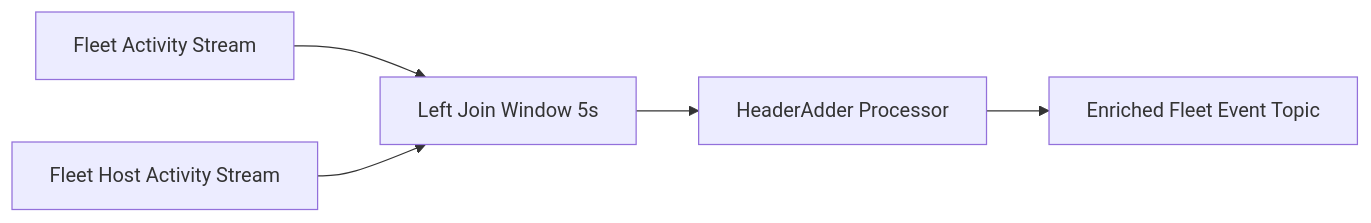
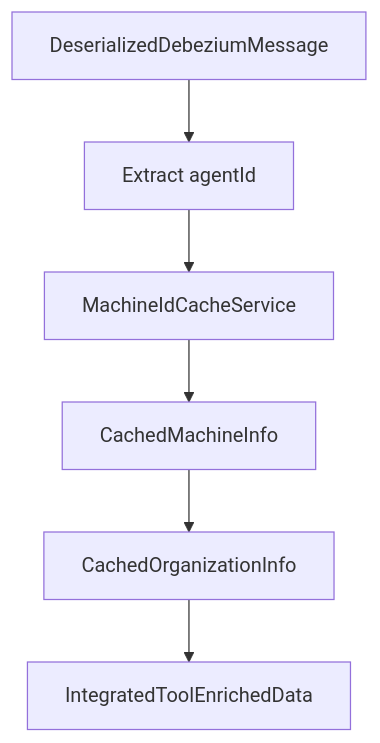
Before and after one commit to Praesto-Pro/openframe-oss-tenant: the sixth of 7 diagrams in docs/architecture/stream-service-core/stream-service-core.md, drawn with Mermaid. The commit also changed other lines of this file and 149 other files, not shown here.

````diff
--- a/docs/architecture/stream-service-core/stream-service-core.md
+++ b/docs/architecture/stream-service-core/stream-service-core.md
@@ -309,7 +342,8 @@
 ```mermaid
-flowchart LR
-    Activity["Fleet Activity Stream"] --> Join["Left Join Window 5s"]
-    HostActivity["Fleet Host Activity Stream"] --> Join
-    Join --> Header["HeaderAdder Processor"]
-    Header --> OutTopic["Enriched Fleet Event Topic"]
+flowchart TD
+    Message["DeserializedDebeziumMessage"] --> Agent["Extract agentId"]
+    Agent --> Cache["MachineIdCacheService"]
+    Cache --> Machine["CachedMachineInfo"]
+    Machine --> Org["CachedOrganizationInfo"]
+    Org --> Enriched["IntegratedToolEnrichedData"]
 ```
````
